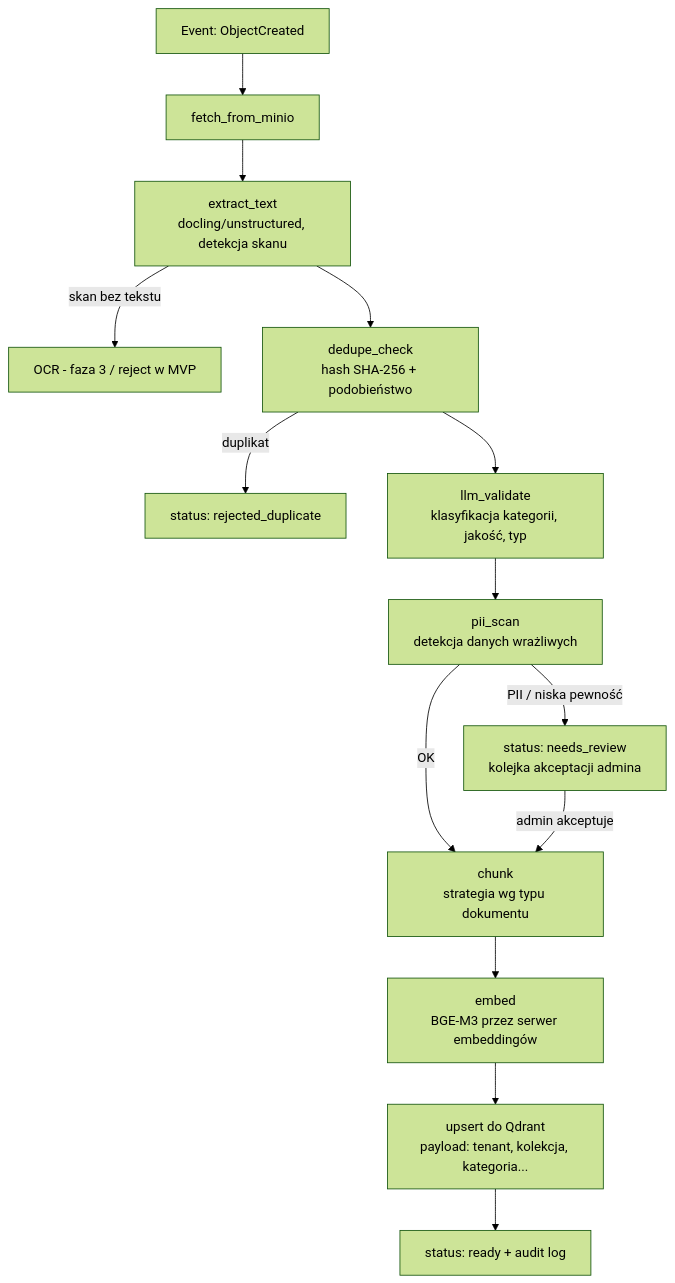
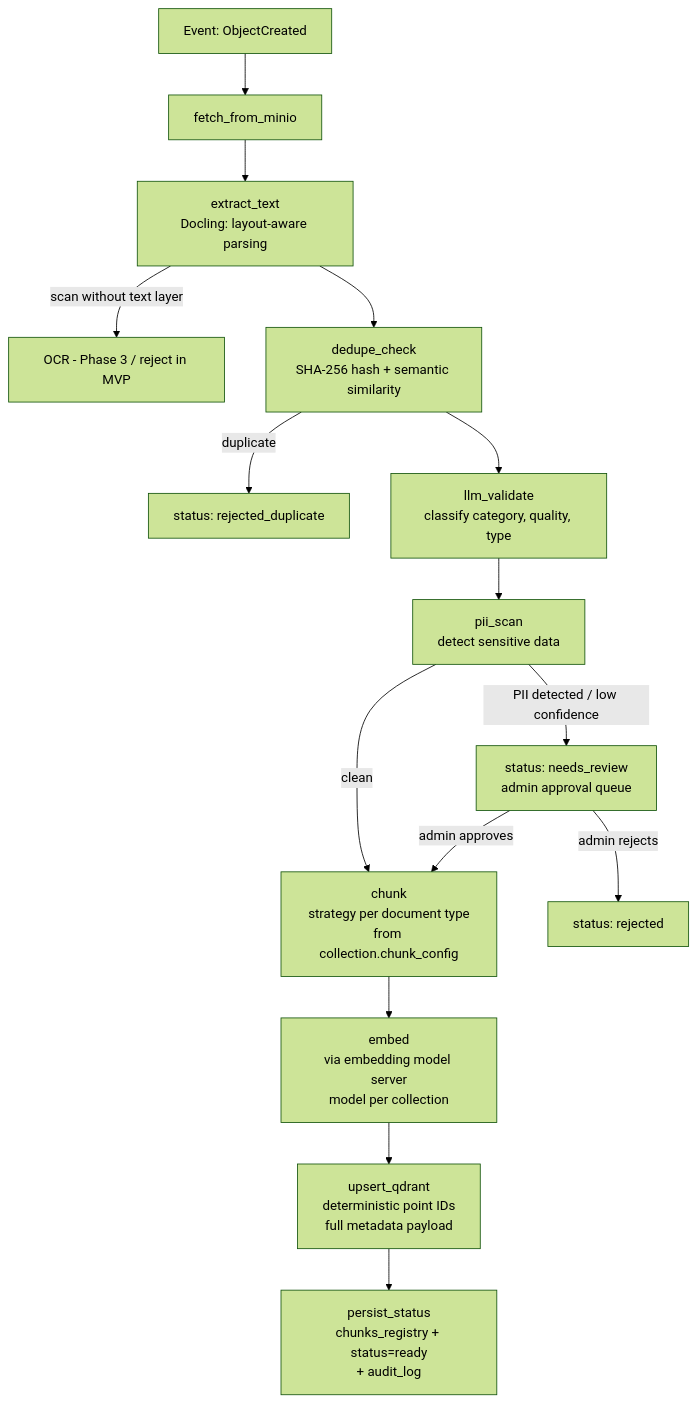
The seventh of 8 diagrams in docs/architecture.md (bwolak94/rag-panel), drawn with Mermaid (forest theme) before and after one commit. The commit also changed other lines of this file and 21 other files, not shown here.

````diff
--- a/docs/architecture.md
+++ b/docs/architecture.md
@@ -50,16 +438,17 @@
 ```mermaid
 graph TD
     A[Event: ObjectCreated] --> B[fetch_from_minio]
-    B --> C[extract_text<br/>docling/unstructured, detekcja skanu]
-    C -->|skan bez tekstu| C2[OCR - faza 3 / reject w MVP]
-    C --> D[dedupe_check<br/>hash SHA-256 + podobieństwo]
-    D -->|duplikat| X[status: rejected_duplicate]
-    D --> E[llm_validate<br/>klasyfikacja kategorii, jakość, typ]
-    E --> F[pii_scan<br/>detekcja danych wrażliwych]
-    F -->|PII / niska pewność| R[status: needs_review<br/>kolejka akceptacji admina]
-    F -->|OK| G[chunk<br/>strategia wg typu dokumentu]
-    R -->|admin akceptuje| G
-    G --> H[embed<br/>BGE-M3 przez serwer embeddingów]
-    H --> I[upsert do Qdrant<br/>payload: tenant, kolekcja, kategoria...]
-    I --> J[status: ready + audit log]
+    B --> C[extract_text<br/>Docling: layout-aware parsing]
+    C -->|scan without text layer| C2[OCR - Phase 3 / reject in MVP]
+    C --> D[dedupe_check<br/>SHA-256 hash + semantic similarity]
+    D -->|duplicate| X[status: rejected_duplicate]
+    D --> E[llm_validate<br/>classify category, quality, type]
+    E --> F[pii_scan<br/>detect sensitive data]
+    F -->|PII detected / low confidence| R[status: needs_review<br/>admin approval queue]
+    F -->|clean| G[chunk<br/>strategy per document type<br/>from collection.chunk_config]
+    R -->|admin approves| G
+    R -->|admin rejects| Y[status: rejected]
+    G --> H[embed<br/>via embedding model server<br/>model per collection]
+    H --> I[upsert_qdrant<br/>deterministic point IDs<br/>full metadata payload]
+    I --> J[persist_status<br/>chunks_registry + status=ready<br/>+ audit_log]
 ```
````
